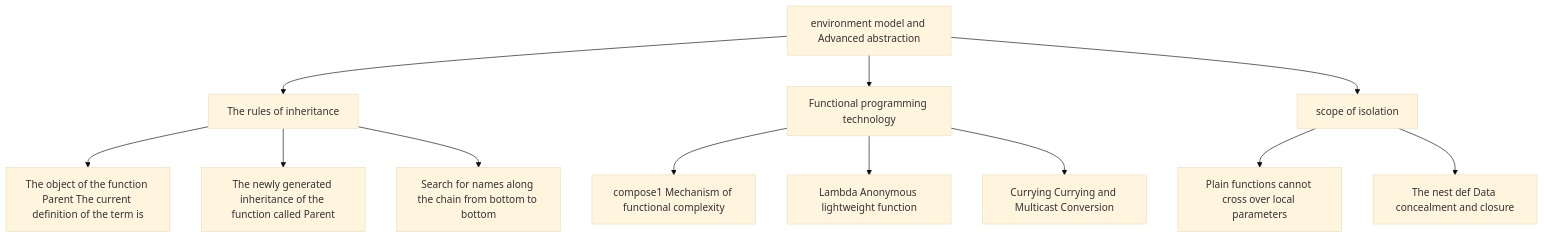
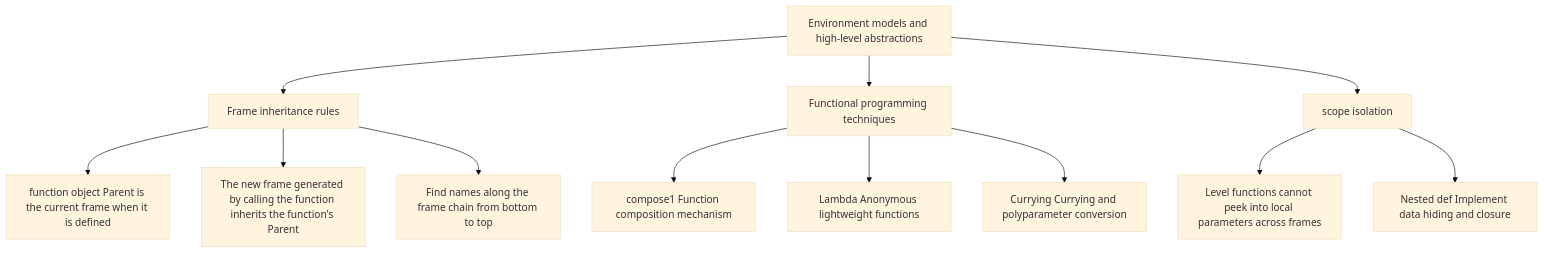
The diagram in src/content/translations/en/notes/cs61a/lecture-05.md (easonlines2007/easonlin-blog), drawn with Mermaid (base theme) before and after one commit. The commit also changed other lines of this file and 158 other files, not shown here.

````diff
--- a/src/content/translations/en/notes/cs61a/lecture-05.md
+++ b/src/content/translations/en/notes/cs61a/lecture-05.md
@@ -309,17 +684,17 @@
 ```mermaid
 graph TD
-    A[environment model and Advanced abstraction] --> B[The rules of inheritance]
-    A --> C[Functional programming technology]
-    A --> D[scope of isolation]
+    A[Environment models and high-level abstractions] --> B[Frame inheritance rules]
+    A --> C[Functional programming techniques]
+    A --> D[scope isolation]
 
-    B --> B1[The object of the function Parent The current definition of the term is]
-    B --> B2[The newly generated inheritance of the function called Parent]
-    B --> B3[Search for names along the chain from bottom to bottom]
+    B --> B1[function object Parent is the current frame when it is defined]
+    B --> B2[The new frame generated by calling the function inherits the function's Parent]
+    B --> B3[Find names along the frame chain from bottom to top]
 
-    C --> C1[compose1 Mechanism of functional complexity]
-    C --> C2[Lambda Anonymous lightweight function]
-    C --> C3[Currying Currying and Multicast Conversion]
+    C --> C1[compose1 Function composition mechanism]
+    C --> C2[Lambda Anonymous lightweight functions]
+    C --> C3[Currying Currying and polyparameter conversion]
 
-    D --> D1[Plain functions cannot cross over local parameters]
-    D --> D2[The nest def Data concealment and closure]
+    D --> D1[Level functions cannot peek into local parameters across frames]
+    D --> D2[Nested def Implement data hiding and closure]
 ```
````
